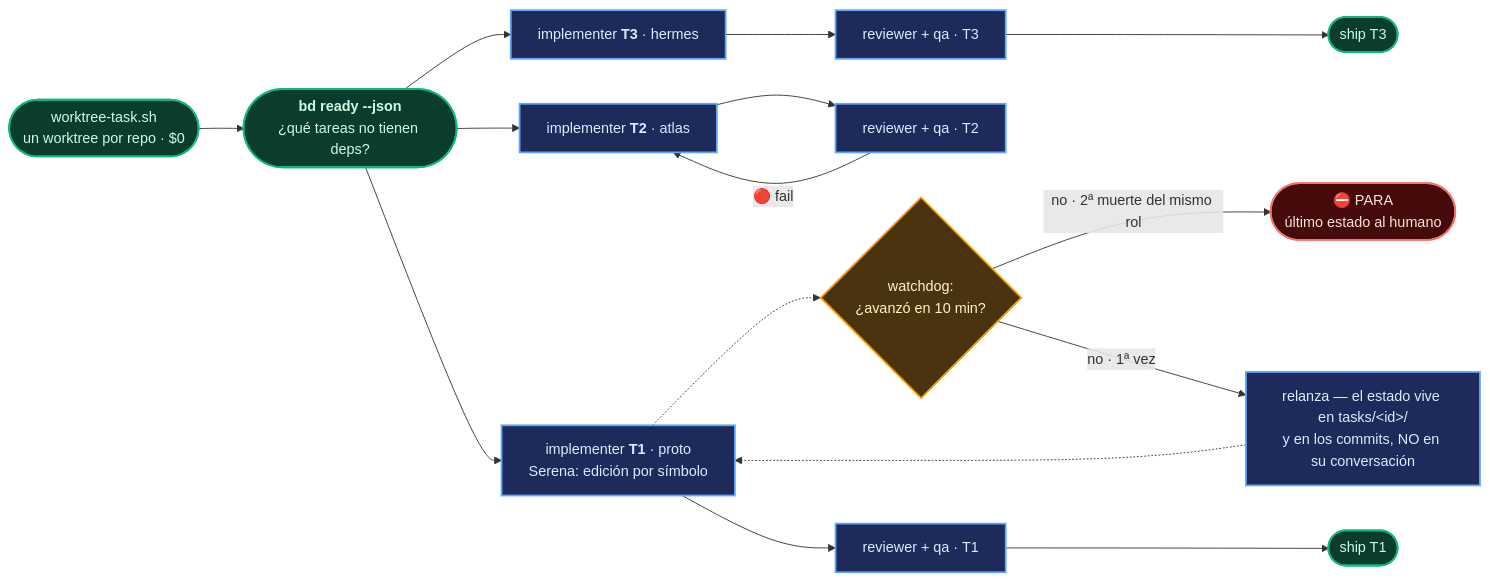
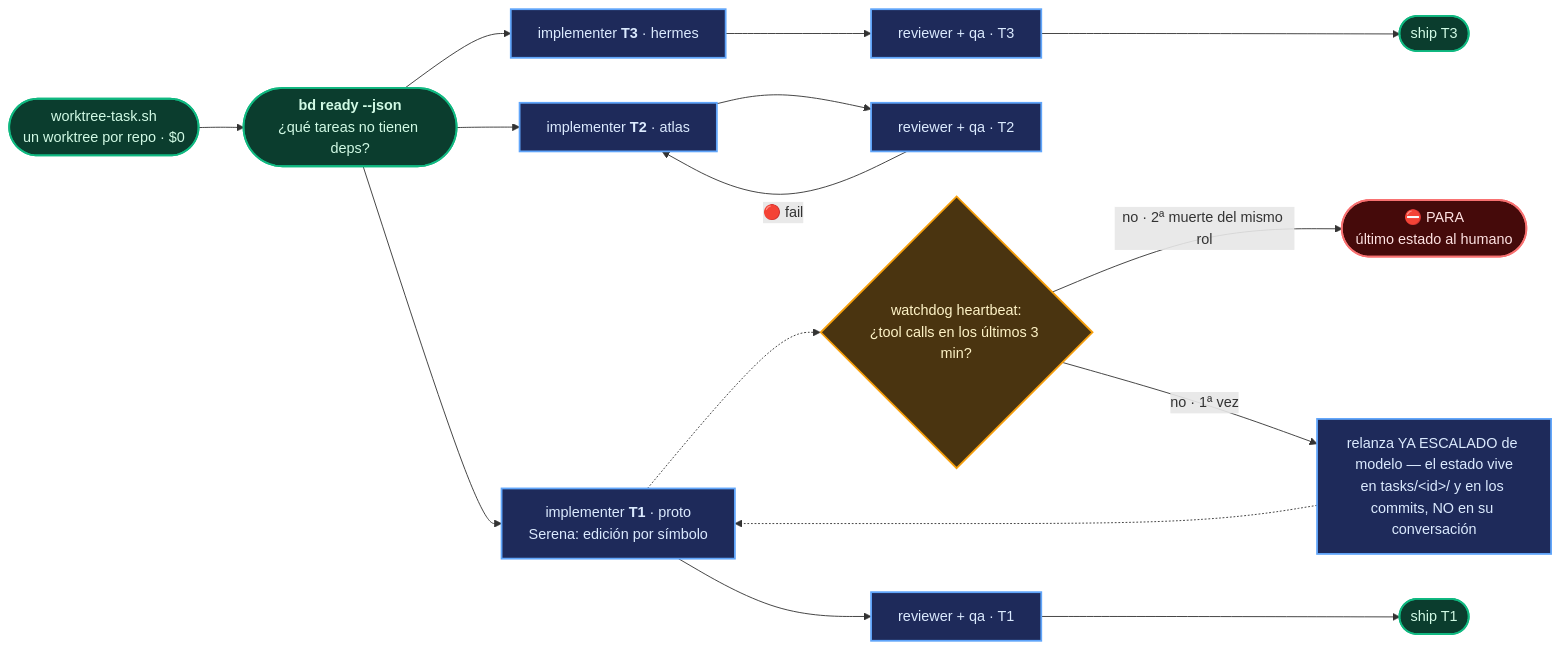
One commit to andresgarcia29/harness-creator changed the fourth of 7 diagrams in README.md. Above: the diagram before and after it, drawn with Mermaid. The commit also changed other lines of this file and 1 other file, not shown here.

````diff
--- a/README.md
+++ b/README.md
@@ -310,22 +337,22 @@
 ```mermaid
 flowchart LR
   WT(["worktree-task.sh<br/>un worktree por repo · $0"]):::script --> BD(["<b>bd ready --json</b><br/>¿qué tareas no tienen deps?"]):::script
   BD --> T1["implementer <b>T1</b> · proto<br/>Serena: edición por símbolo"]:::agent
   BD --> T2["implementer <b>T2</b> · atlas"]:::agent
   BD --> T3["implementer <b>T3</b> · hermes"]:::agent
   T1 --> R1["reviewer + qa · T1"]:::agent
   T2 --> R2["reviewer + qa · T2"]:::agent
   T3 --> R3["reviewer + qa · T3"]:::agent
   R1 --> S1(["ship T1"]):::script
   R2 -->|"🔴 fail"| T2
   R3 --> S3(["ship T3"]):::script
-  T1 -.-> W{"watchdog:<br/>¿avanzó en 10 min?"}:::dec
-  W -->|"no · 1ª vez"| RL["relanza — el estado vive en tasks/&lt;id&gt;/<br/>y en los commits, NO en su conversación"]:::agent
+  T1 -.-> W{"watchdog heartbeat:<br/>¿tool calls en los últimos 3 min?"}:::dec
+  W -->|"no · 1ª vez"| RL["relanza YA ESCALADO de modelo — el estado vive<br/>en tasks/&lt;id&gt;/ y en los commits, NO en su conversación"]:::agent
   RL -.-> T1
   W -->|"no · 2ª muerte del mismo rol"| ST(["⛔ PARA<br/>último estado al humano"]):::stop
 
 classDef agent fill:#1e2a5a,stroke:#60a5fa,stroke-width:2px,color:#dbeafe
 classDef dec fill:#4a3410,stroke:#f59e0b,stroke-width:2px,color:#fef3c7
 classDef stop fill:#450a0a,stroke:#f87171,stroke-width:2px,color:#fee2e2
 classDef script fill:#0b3d2e,stroke:#10b981,stroke-width:2px,color:#d1fae5
 ```
````
